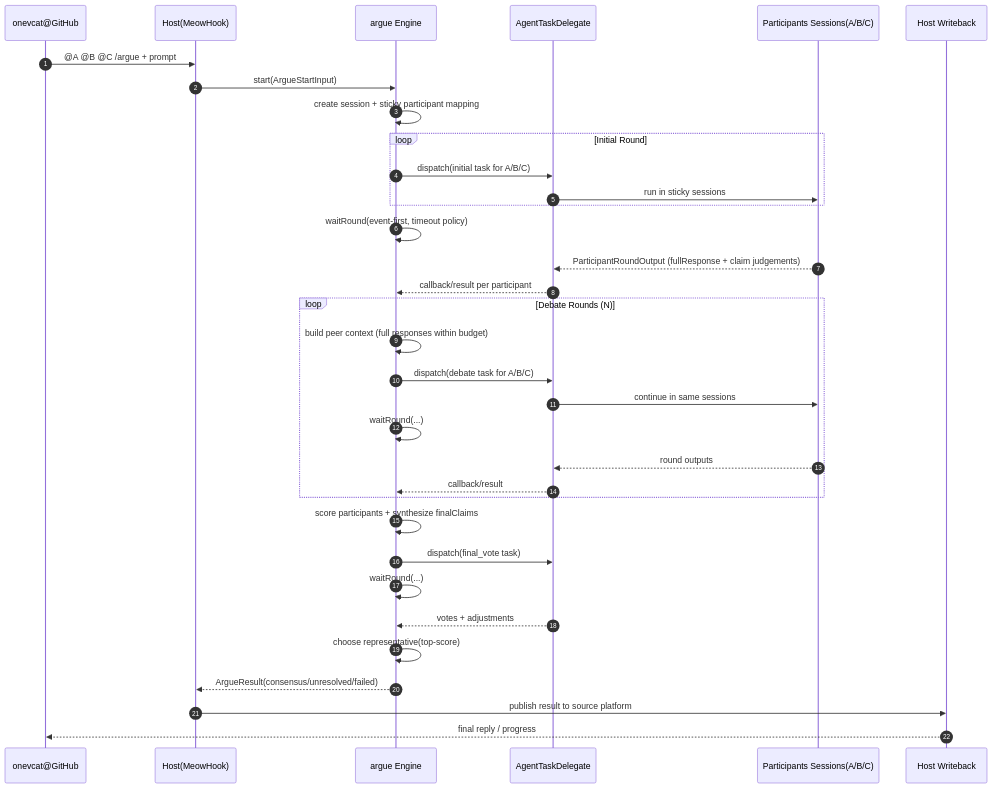
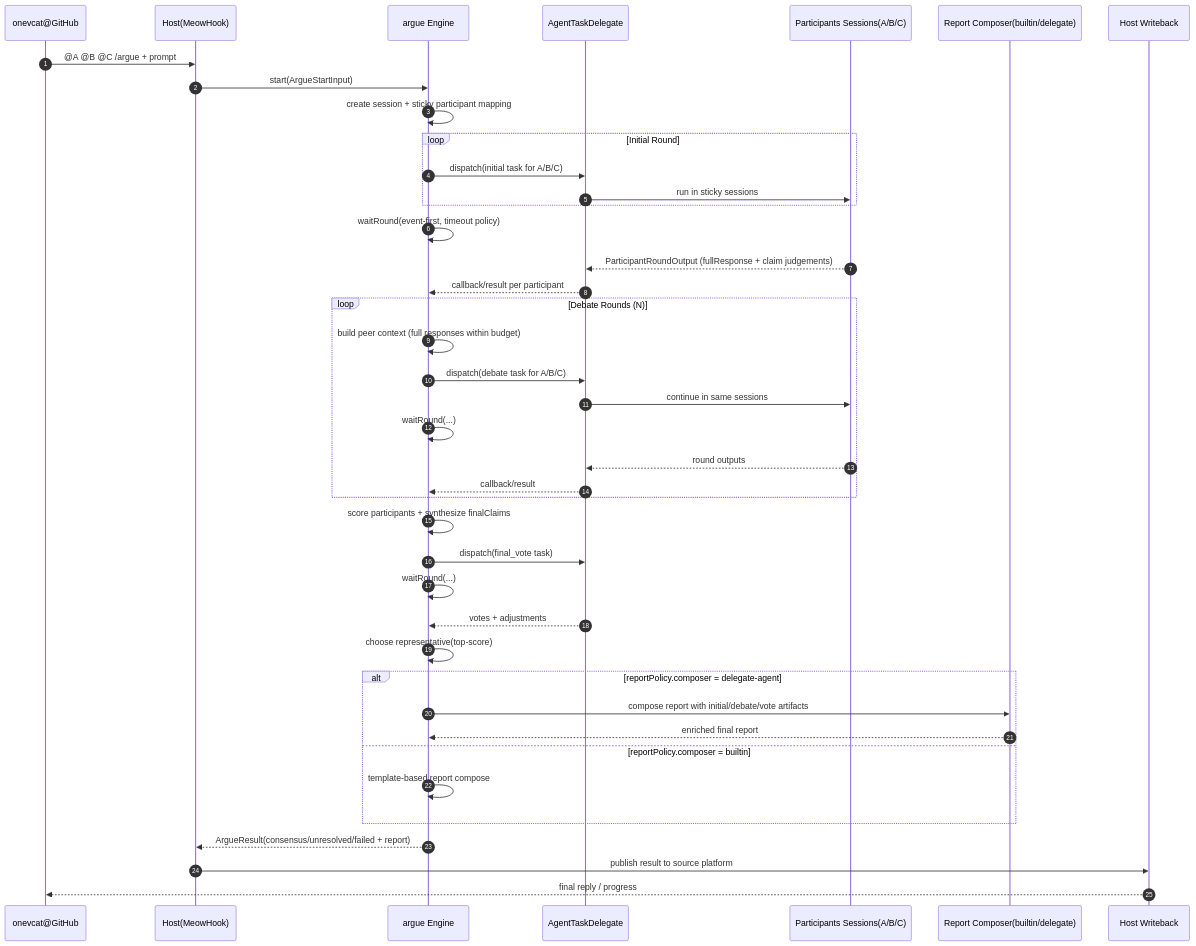
The diagram in docs/plan/v0-initial.md (onevcat/argue), drawn with Mermaid before and after one commit. The commit also changed other lines of this file, not shown here.

Commit message:
docs: add report policy and delegate composer path to v0 plan

````diff
--- a/docs/plan/v0-initial.md
+++ b/docs/plan/v0-initial.md
@@ -311,42 +379,50 @@
 ```mermaid
 sequenceDiagram
     autonumber
     participant U as onevcat@GitHub
     participant H as Host(MeowHook)
     participant A as argue Engine
     participant D as AgentTaskDelegate
     participant C as Participants Sessions(A/B/C)
+    participant P as Report Composer(builtin/delegate)
     participant R as Host Writeback
 
     U->>H: @A @B @C /argue + prompt
     H->>A: start(ArgueStartInput)
     A->>A: create session + sticky participant mapping
 
     loop Initial Round
       A->>D: dispatch(initial task for A/B/C)
       D->>C: run in sticky sessions
     end
 
     A->>A: waitRound(event-first, timeout policy)
     C-->>D: ParticipantRoundOutput (fullResponse + claim judgements)
     D-->>A: callback/result per participant
 
     loop Debate Rounds (N)
       A->>A: build peer context (full responses within budget)
       A->>D: dispatch(debate task for A/B/C)
       D->>C: continue in same sessions
       A->>A: waitRound(...)
       C-->>D: round outputs
       D-->>A: callback/result
     end
 
     A->>A: score participants + synthesize finalClaims
     A->>D: dispatch(final_vote task)
     A->>A: waitRound(...)
     D-->>A: votes + adjustments
+    A->>A: choose representative(top-score)
 
-    A->>A: choose representative(top-score)
-    A-->>H: ArgueResult(consensus/unresolved/failed)
+    alt reportPolicy.composer = delegate-agent
+      A->>P: compose report with initial/debate/vote artifacts
+      P-->>A: enriched final report
+    else reportPolicy.composer = builtin
+      A->>A: template-based report compose
+    end
+
+    A-->>H: ArgueResult(consensus/unresolved/failed + report)
     H->>R: publish result to source platform
     R-->>U: final reply / progress
 ```
````
